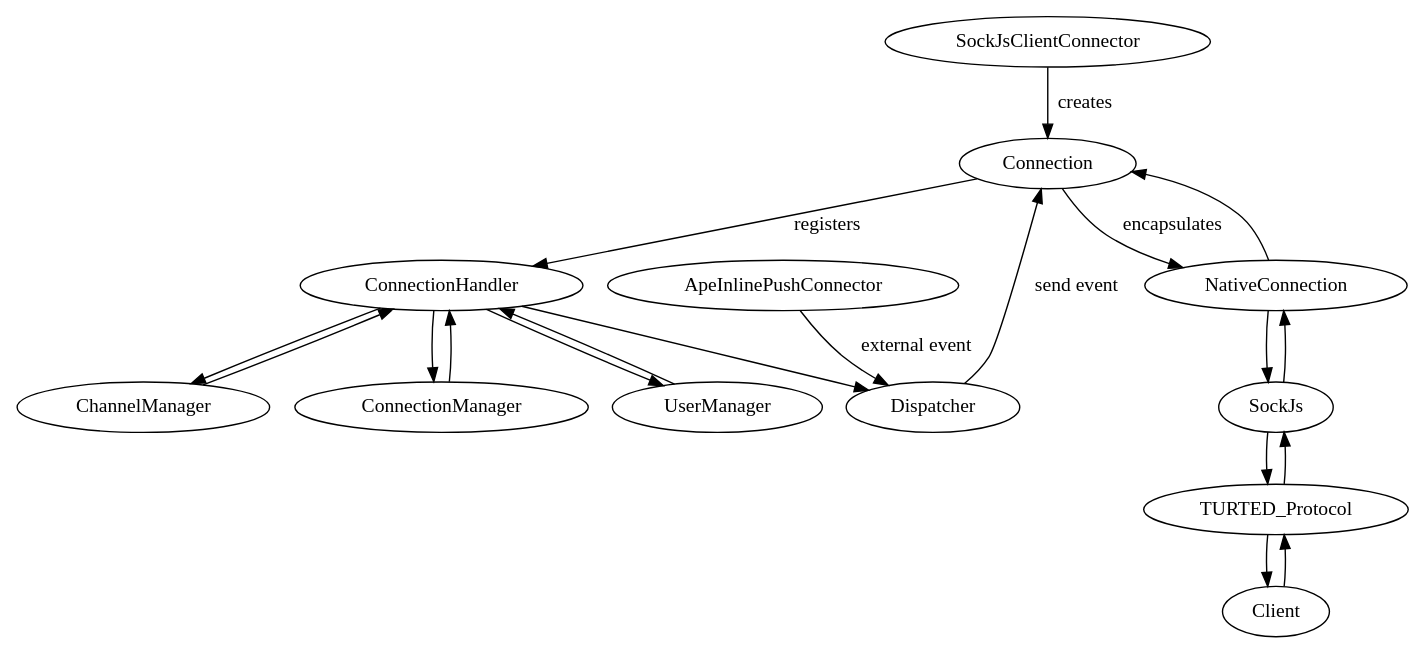
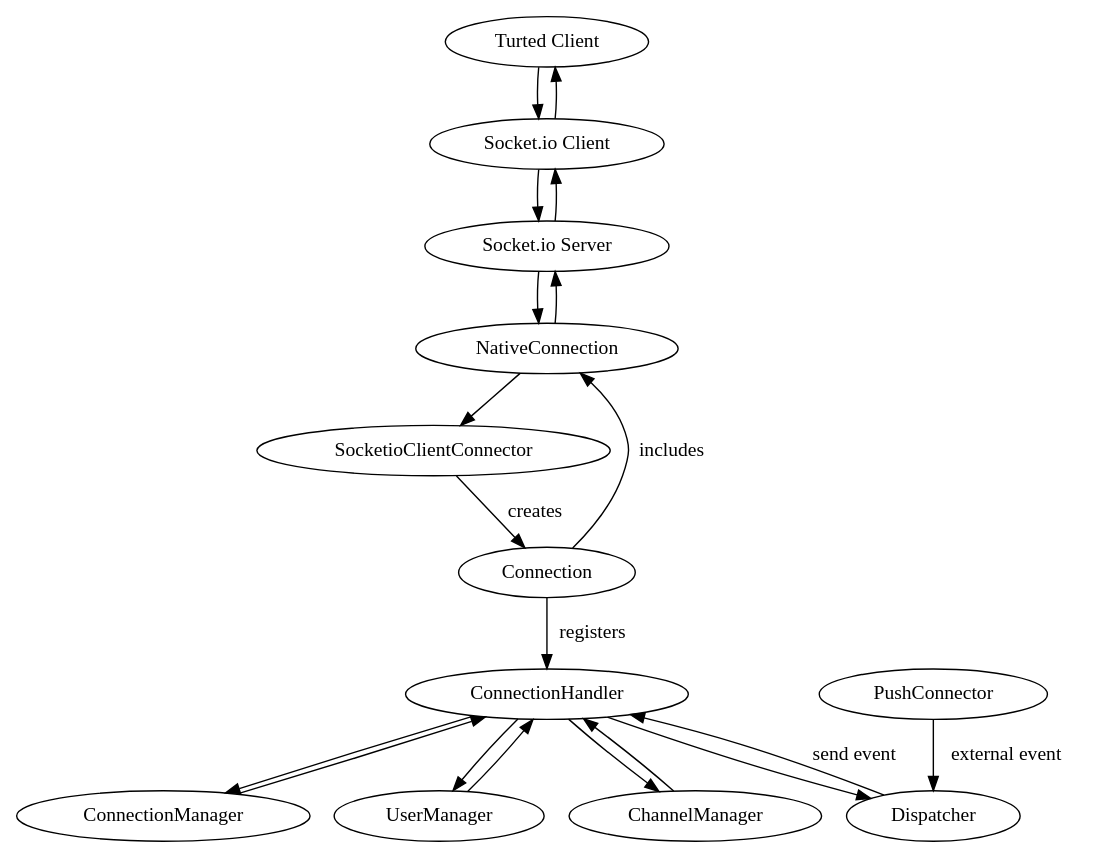
Before and after one commit to TURTED/TURTED_node: the diagram in docs/flow.gv, drawn with Graphviz. The commit also changed 30 other files, not shown here.

```diff
--- a/docs/flow.gv
+++ b/docs/flow.gv
@@ -1,32 +1,31 @@
 digraph Objects {
 
+	"Turted Client" -> "Socket.io Client"
+	"Socket.io Client"->"Turted Client"
+	"Socket.io Client" -> "Socket.io Server"
+	"Socket.io Server"->"Socket.io Client" 
+	"Socket.io Server" -> NativeConnection
+	NativeConnection -> "Socket.io Server"
+
+	NativeConnection -> SocketioClientConnector
+	SocketioClientConnector	-> Connection [label="creates"]
 	Connection -> ConnectionHandler [label="registers"]
 
-	SockJsClientConnector	-> Connection [label="creates"]
-
-	Connection -> NativeConnection [label="encapsulates"]
-	NativeConnection -> Connection
-
-	Client -> TURTED_Protocol
-	TURTED_Protocol -> Client
-	TURTED_Protocol -> SockJs
-	SockJs -> TURTED_Protocol
-	SockJs -> NativeConnection
-	NativeConnection -> SockJs
+	Connection -> NativeConnection [label="includes"]
 
 	ConnectionHandler -> ConnectionManager
 	ConnectionHandler -> UserManager
 	ConnectionHandler -> ChannelManager
 
 	ConnectionHandler ->Dispatcher
 	UserManager ->ConnectionHandler
 	ChannelManager ->ConnectionHandler
 	ConnectionManager ->ConnectionHandler
 
-	ApeInlinePushConnector -> Dispatcher [label="external event"]
+	PushConnector -> Dispatcher [label="external event"]
 	#FileTailConnector -> Dispatcher
 	#RedisPubSubConnector -> Dispatcher	
 	#RabbitMQConnector -> Dispatcher
 
-	Dispatcher -> Connection [label="send event"]
+	Dispatcher -> ConnectionHandler [label="send event"]
 }
```
